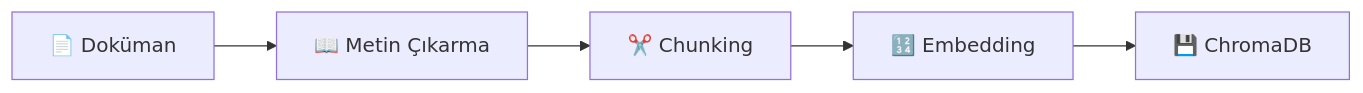
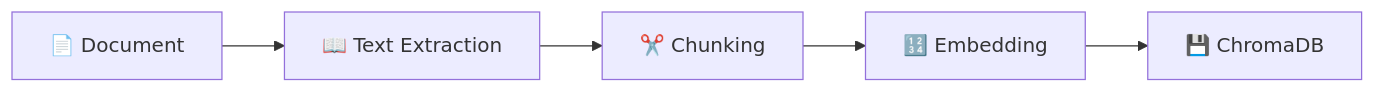
Before and after one commit to SerhanTelatar/local-rag-service: the first of 3 diagrams in presentation.md, drawn with Mermaid. The commit also changed other lines of this file and 14 other files, not shown here.

````diff
--- a/presentation.md
+++ b/presentation.md
@@ -67,7 +67,7 @@
 ```mermaid
 flowchart LR
-    A["📄 Doküman"] --> B["📖 Metin Çıkarma"]
+    A["📄 Document"] --> B["📖 Text Extraction"]
     B --> C["✂️ Chunking"]
     C --> D["🔢 Embedding"]
     D --> E["💾 ChromaDB"]
 ```
````
